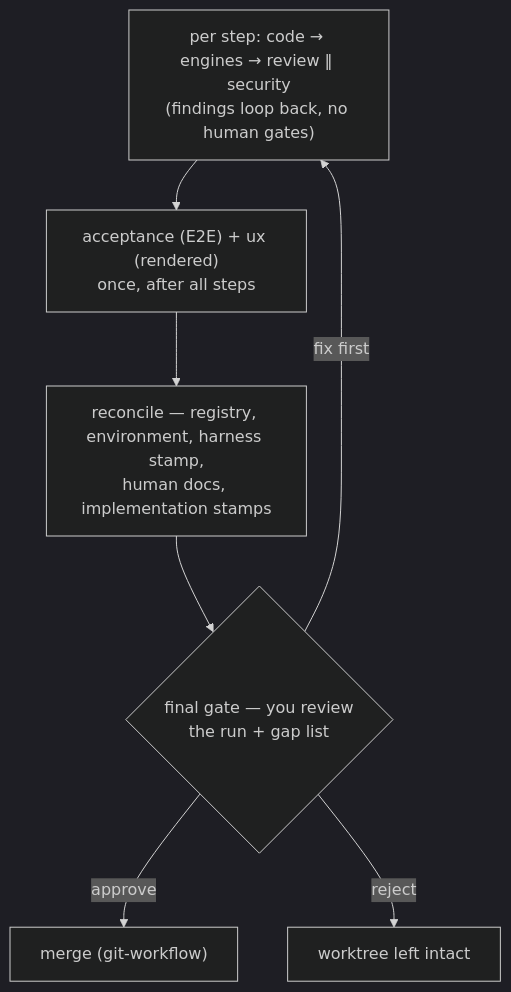
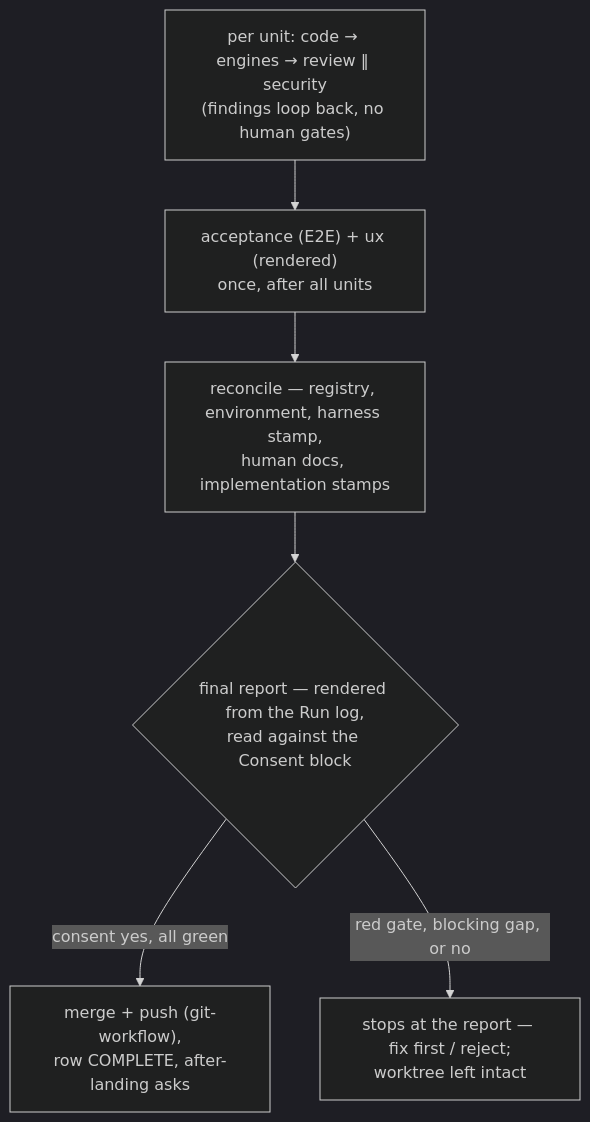
The second of 2 diagrams in site/src/content/docs/plugins/vwf.md (virajp/claude-plugins), drawn with Mermaid (dark theme) before and after one commit. The commit also changed other lines of this file and 12 other files, not shown here.

````diff
--- a/site/src/content/docs/plugins/vwf.md
+++ b/site/src/content/docs/plugins/vwf.md
@@ -1940,9 +2022,8 @@
 ```mermaid
 flowchart TD
-    P["per step: code → engines → review ‖ security<br/>(findings loop back, no human gates)"] --> AX["acceptance (E2E) + ux (rendered)<br/>once, after all steps"]
+    P["per unit: code → engines → review ‖ security<br/>(findings loop back, no human gates)"] --> AX["acceptance (E2E) + ux (rendered)<br/>once, after all units"]
     AX --> RC["reconcile — registry, environment, harness stamp,<br/>human docs, implementation stamps"]
-    RC --> G{"final gate — you review<br/>the run + gap list"}
-    G -->|approve| M["merge (git-workflow)"]
-    G -->|fix first| P
-    G -->|reject| W["worktree left intact"]
+    RC --> G{"final report — rendered from the Run log,<br/>read against the Consent block"}
+    G -->|consent yes, all green| M["merge + push (git-workflow),<br/>row COMPLETE, after-landing asks"]
+    G -->|red gate, blocking gap, or no| W["stops at the report — fix first / reject;<br/>worktree left intact"]
 ```
````
